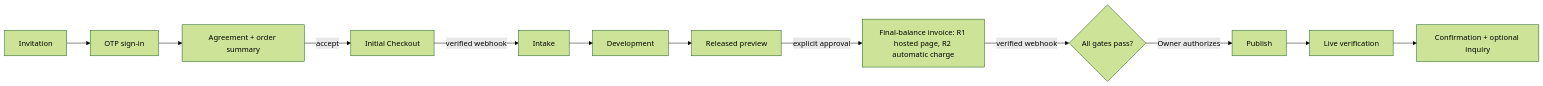
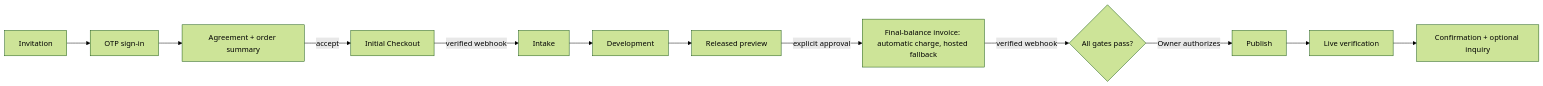
One commit to sjr425151-collab/spotlight-client-portal changed the first of 2 diagrams in docs/01-PROJECT-OVERVIEW.md. Above: the diagram before and after it, drawn with Mermaid (forest theme). The commit also changed other lines of this file and 6 other files, not shown here.

````diff
--- a/docs/01-PROJECT-OVERVIEW.md
+++ b/docs/01-PROJECT-OVERVIEW.md
@@ -55,10 +55,10 @@
 ```mermaid
 flowchart LR
   A[Invitation] --> B[OTP sign-in] --> C[Agreement + order summary]
   C -->|accept| D[Initial Checkout]
   D -->|verified webhook| E[Intake]
   E --> F[Development] --> G[Released preview]
-  G -->|explicit approval| H[Final-balance invoice: R1 hosted page, R2 automatic charge]
+  G -->|explicit approval| H[Final-balance invoice: automatic charge, hosted fallback]
   H -->|verified webhook| I{All gates pass?}
   I -->|Owner authorizes| J[Publish] --> K[Live verification] --> L[Confirmation + optional inquiry]
 ```
````
